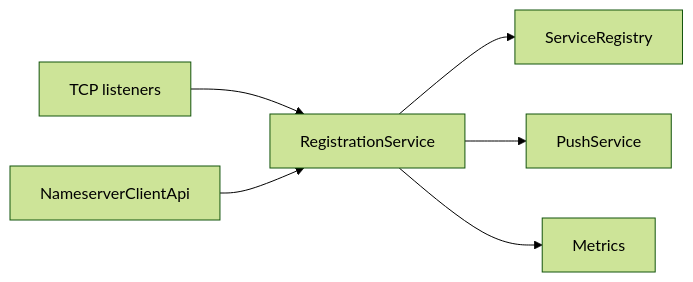
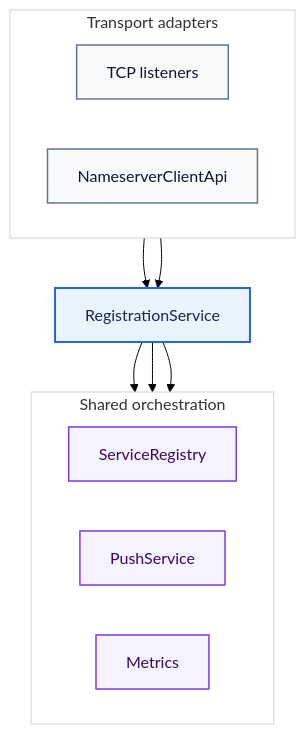
Before and after one commit to zzl-qz/Rover-Suite: the diagram in docs-public/development-guide.md, drawn with Mermaid (forest theme). The commit also changed other lines of this file and 7 other files, not shown here.

Commit message:
调整了一下图

````diff
--- a/docs-public/development-guide.md
+++ b/docs-public/development-guide.md
@@ -192,8 +193,32 @@
 ```mermaid
-flowchart LR
-    TCP["TCP listeners"] --> RS["RegistrationService"]
-    HTTP["NameserverClientApi"] --> RS
-    RS --> Registry["ServiceRegistry"]
-    RS --> Push["PushService"]
-    RS --> Metrics["Metrics"]
+flowchart TB
+    subgraph Adapter["Transport adapters"]
+        direction LR
+        TCP["TCP listeners"]
+        HTTP["NameserverClientApi"]
+    end
+
+    RS["RegistrationService"]
+
+    subgraph Core["Shared orchestration"]
+        direction LR
+        Registry["ServiceRegistry"]
+        Push["PushService"]
+        Metrics["Metrics"]
+    end
+
+    TCP --> RS
+    HTTP --> RS
+    RS --> Registry
+    RS --> Push
+    RS --> Metrics
+
+    classDef adapter fill:#F8FAFC,stroke:#64748B,color:#0F172A,stroke-width:1.5px;
+    classDef domain fill:#EAF4FF,stroke:#2563EB,color:#172554,stroke-width:2px;
+    classDef core fill:#F5F3FF,stroke:#7C3AED,color:#3B0764,stroke-width:1.5px;
+    class TCP,HTTP adapter;
+    class RS domain;
+    class Registry,Push,Metrics core;
+    style Adapter fill:#FFFFFF,stroke:#CBD5E1,stroke-width:1px;
+    style Core fill:#FFFFFF,stroke:#CBD5E1,stroke-width:1px;
 ```
````
